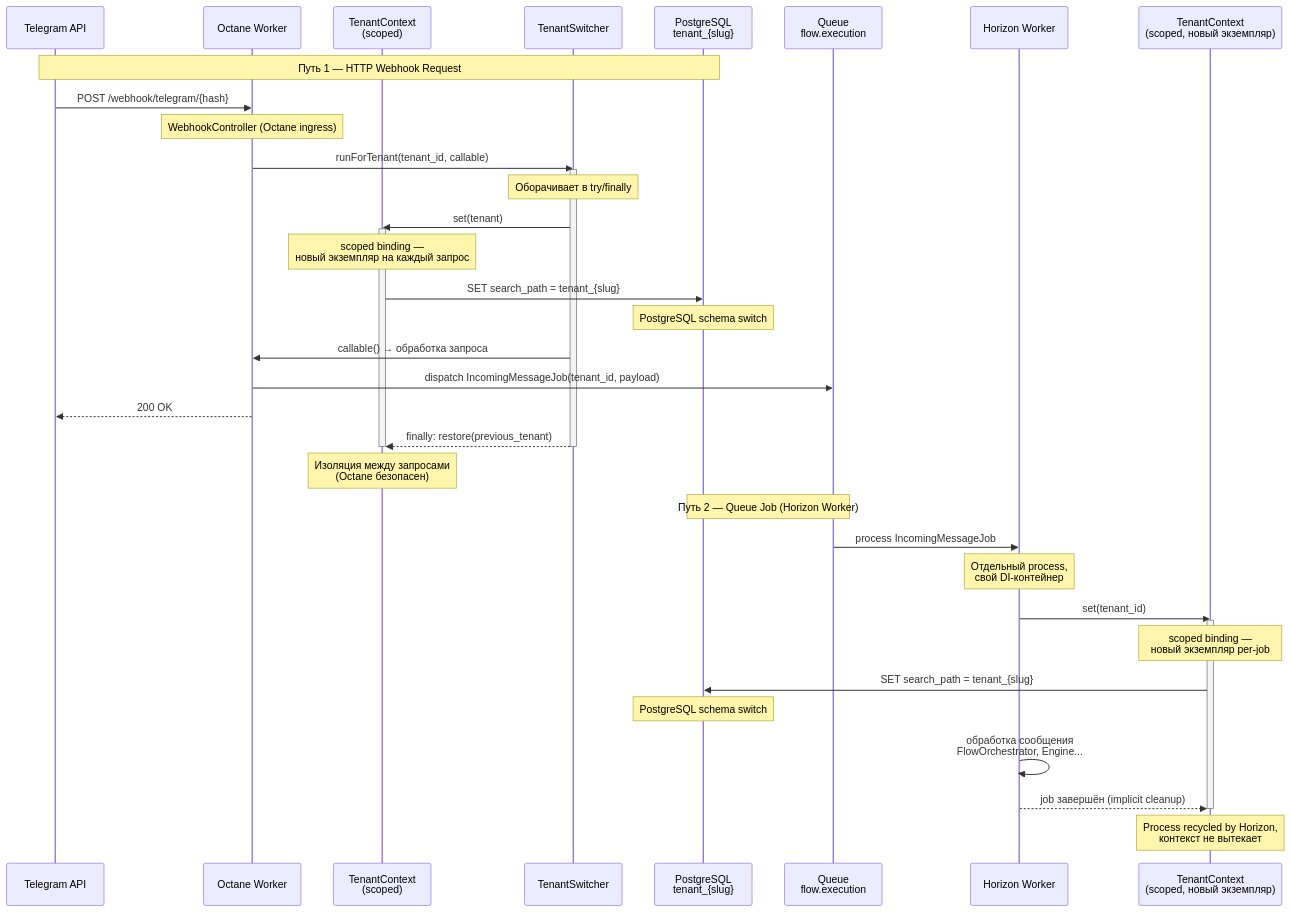
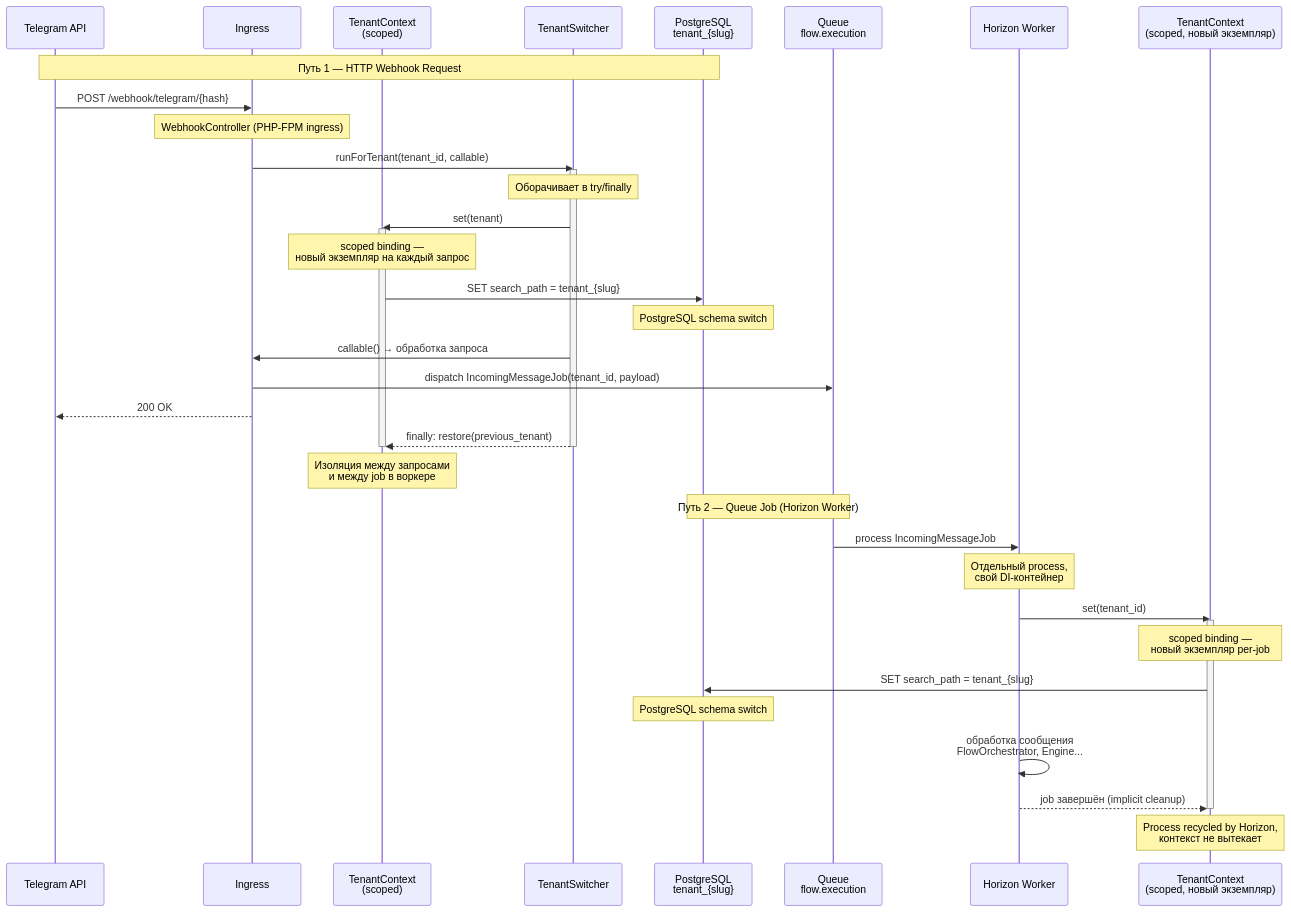
Before and after one commit to fapost-lab/core: the diagram in docs/reference/diagrams/03-tenant-context.md, drawn with Mermaid. The commit also changed other lines of this file and 89 other files, not shown here.

First line of the commit message:
feat(builder,conversation,contact): improve node actions, translations, and schema support

````diff
--- a/docs/reference/diagrams/03-tenant-context.md
+++ b/docs/reference/diagrams/03-tenant-context.md
@@ -5,54 +5,54 @@
 ```mermaid
 sequenceDiagram
     participant TG as Telegram API
-    participant OC as Octane Worker
+    participant OC as Ingress
     participant TC as TenantContext<br/>(scoped)
     participant TS as TenantSwitcher
     participant DB as PostgreSQL<br/>tenant_{slug}
     participant Q as Queue<br/>flow.execution
     participant JW as Horizon Worker
     participant TC2 as TenantContext<br/>(scoped, новый экземпляр)
 
     Note over TG,DB: Путь 1 — HTTP Webhook Request
 
     TG->>OC: POST /webhook/telegram/{hash}
-    Note over OC: WebhookController (Octane ingress)
+    Note over OC: WebhookController (PHP-FPM ingress)
 
     OC->>TS: runForTenant(tenant_id, callable)
     activate TS
     Note over TS: Оборачивает в try/finally
 
     TS->>TC: set(tenant)
     activate TC
     Note over TC: scoped binding —<br/>новый экземпляр на каждый запрос
 
     TC->>DB: SET search_path = tenant_{slug}
     Note over DB: PostgreSQL schema switch
 
     TS->>OC: callable() → обработка запроса
     OC->>Q: dispatch IncomingMessageJob(tenant_id, payload)
     OC-->>TG: 200 OK
 
     TS-->>TC: finally: restore(previous_tenant)
     deactivate TC
     deactivate TS
-    Note over TC: Изоляция между запросами<br/>(Octane безопасен)
+    Note over TC: Изоляция между запросами<br/>и между job в воркере
 
     Note over Q,DB: Путь 2 — Queue Job (Horizon Worker)
 
     Q->>JW: process IncomingMessageJob
     Note over JW: Отдельный process,<br/>свой DI-контейнер
 
     JW->>TC2: set(tenant_id)
     activate TC2
     Note over TC2: scoped binding —<br/>новый экземпляр per-job
 
     TC2->>DB: SET search_path = tenant_{slug}
     Note over DB: PostgreSQL schema switch
 
     JW->>JW: обработка сообщения<br/>FlowOrchestrator, Engine...
 
     JW-->>TC2: job завершён (implicit cleanup)
     deactivate TC2
     Note over TC2: Process recycled by Horizon,<br/>контекст не вытекает
 ```
````
